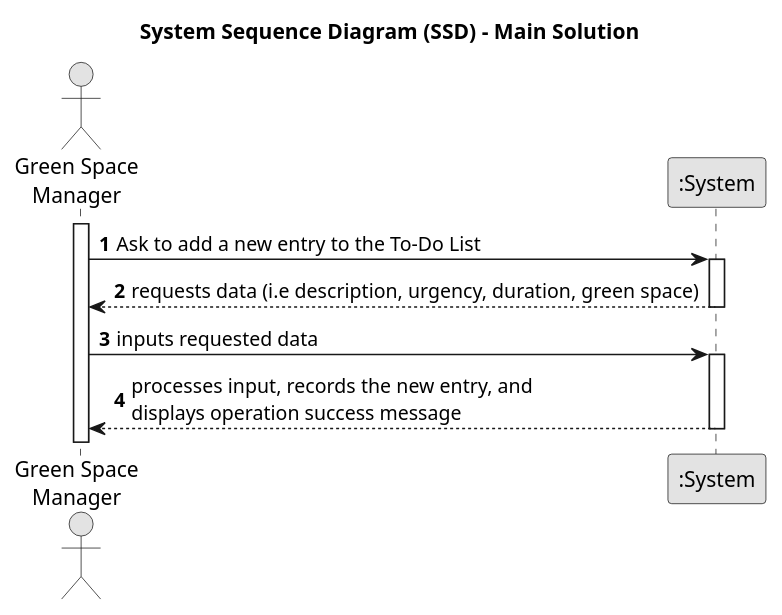
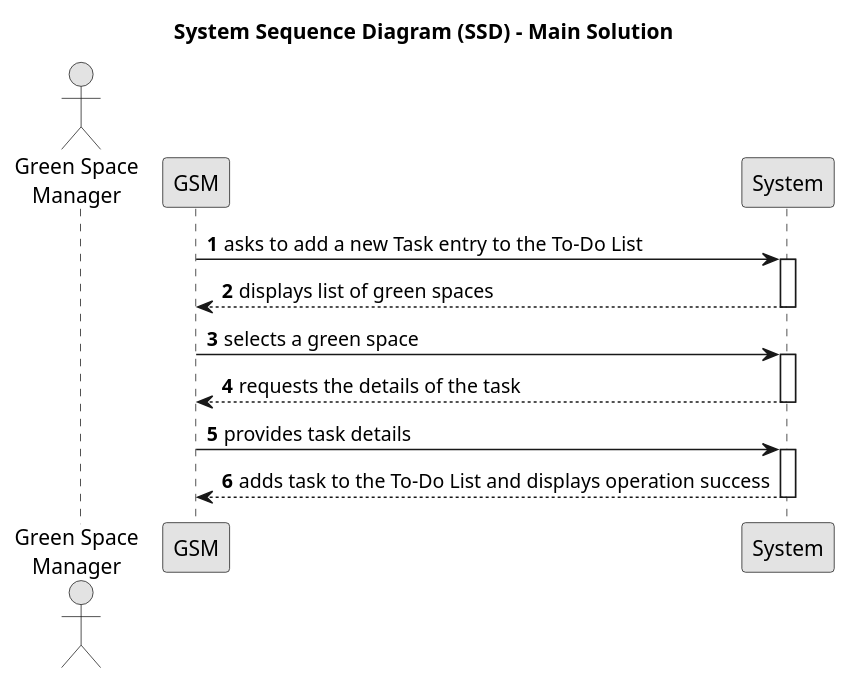
One commit to Departamento-de-Engenharia-Informatica/lei-24-s2-1dkl-g134 changed the diagram in docs/sprintC/us021/01.requirements-engineering/puml/us021-system-sequence-diagram-main-solution.puml. Above: the diagram before and after it, drawn with PlantUML. The commit also changed 3 other files, not shown here.

```diff
--- a/docs/sprintC/us021/01.requirements-engineering/puml/us021-system-sequence-diagram-main-solution.puml
+++ b/docs/sprintC/us021/01.requirements-engineering/puml/us021-system-sequence-diagram-main-solution.puml
@@ -1,27 +1,29 @@
 @startuml
 skinparam monochrome true
 skinparam packageStyle rectangle
 skinparam shadowing false
 
 title System Sequence Diagram (SSD) - Main Solution
 
 autonumber
 
 actor "Green Space\nManager" as Employee
-participant ":System" as System
-
-activate Employee
-
-    Employee -> System : Ask to add a new entry to the To-Do List
+ GSM -> System : asks to add a new Task entry to the To-Do List
     activate System
 
-        System --> Employee : requests data (i.e description, urgency, duration, green space)
+        System --> GSM : displays list of green spaces
     deactivate System
 
-    Employee -> System : inputs requested data
+    GSM -> System : selects a green space
     activate System
 
-        System --> Employee : processes input, records the new entry, and\ndisplays operation success message
+        System --> GSM : requests the details of the task
+    deactivate System
+
+    GSM -> System : provides task details
+    activate System
+
+        System --> GSM : adds task to the To-Do List and displays operation success
     deactivate System
 
 @enduml
```
